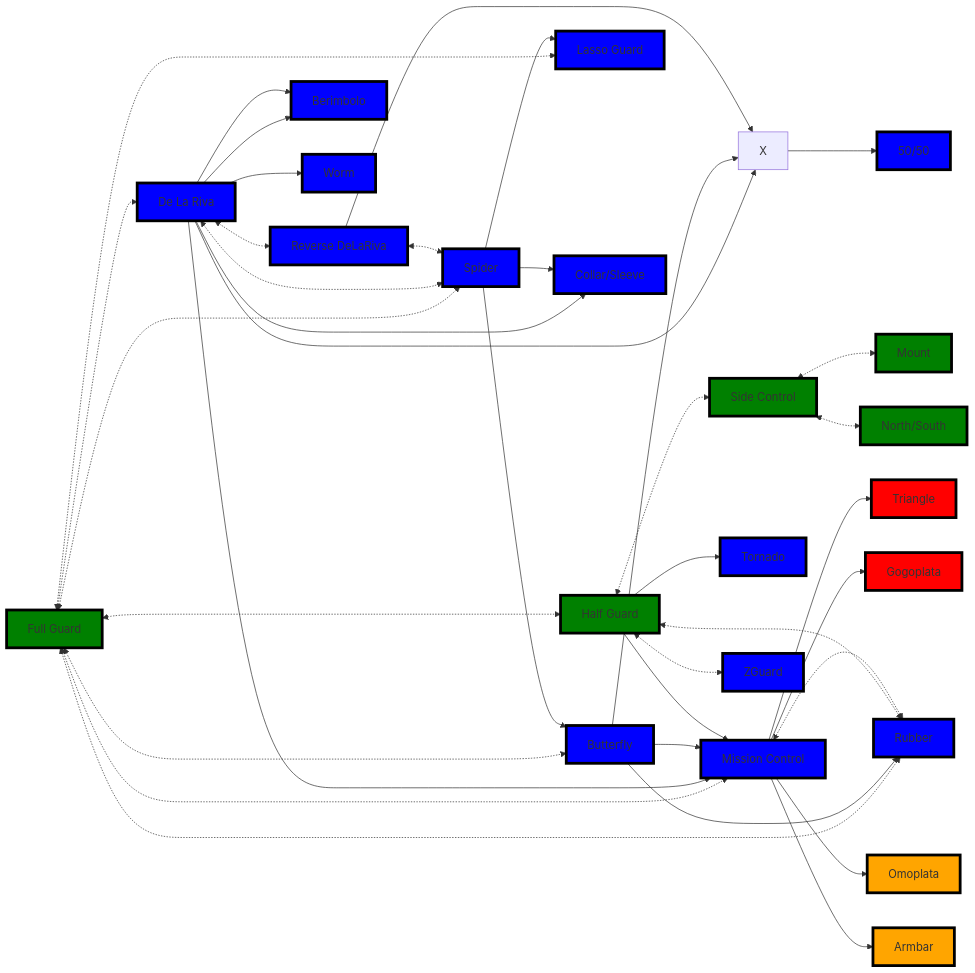
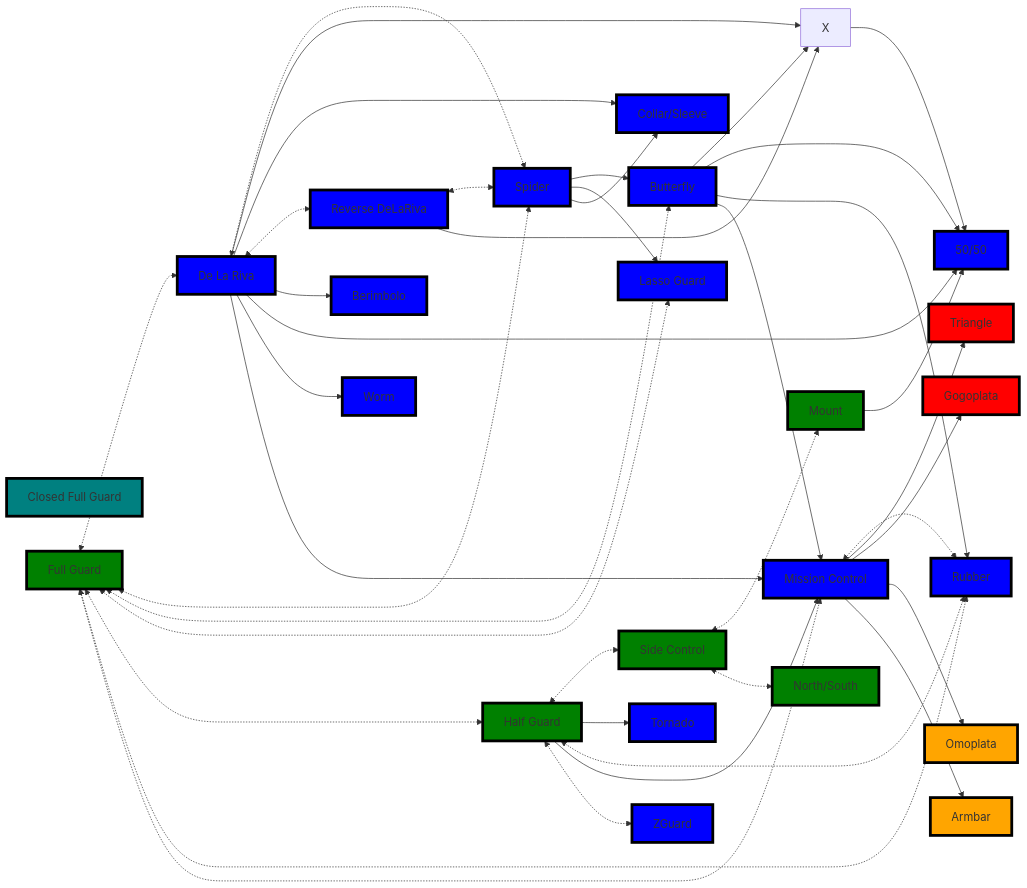
Before and after one commit to jacgit18/DevHiveMind: the first of 3 diagrams in _Fitness/MMA/Guards Directory.md, drawn with Mermaid. The commit also changed 1 other file, not shown here.

Commit message:
M "_Fitness/MMA/Guards Directory.md"  M _Fitness/MMA/Untitled.md

````diff
--- a/_Fitness/MMA/Guards Directory.md
+++ b/_Fitness/MMA/Guards Directory.md
@@ -64,5 +64,6 @@
 ``` mermaid
 flowchart LR
+	Closed[Closed Full Guard] 
     A[Full Guard] 
     B[De La Riva] 
     C[Spider]
@@ -100,14 +101,14 @@
     B --> G
     B <-.-> L
     B --> M
-    B --> M
+    B --> N
     B --> O
     B --> R
-    
     C --> D
     C --> E
     C --> G
 	D --> F
+	D --> N
 	D --> Q
 	D --> R
 	F --> N
@@ -117,6 +118,7 @@
 	H --> R
 	H <-.-> Z
 	I <-.-> J
+	J --> N
 	L <-.-> C
 	L --> F
 	I <-.-> K
@@ -125,6 +127,8 @@
 	R --> 2
 	R --> 3 
 	R --> 4 
+	
+style Closed fill:teal,stroke:black,stroke-width:4px,shadow:shadow
 
 style A fill:green,stroke:black,stroke-width:4px,shadow:shadow
 
````
